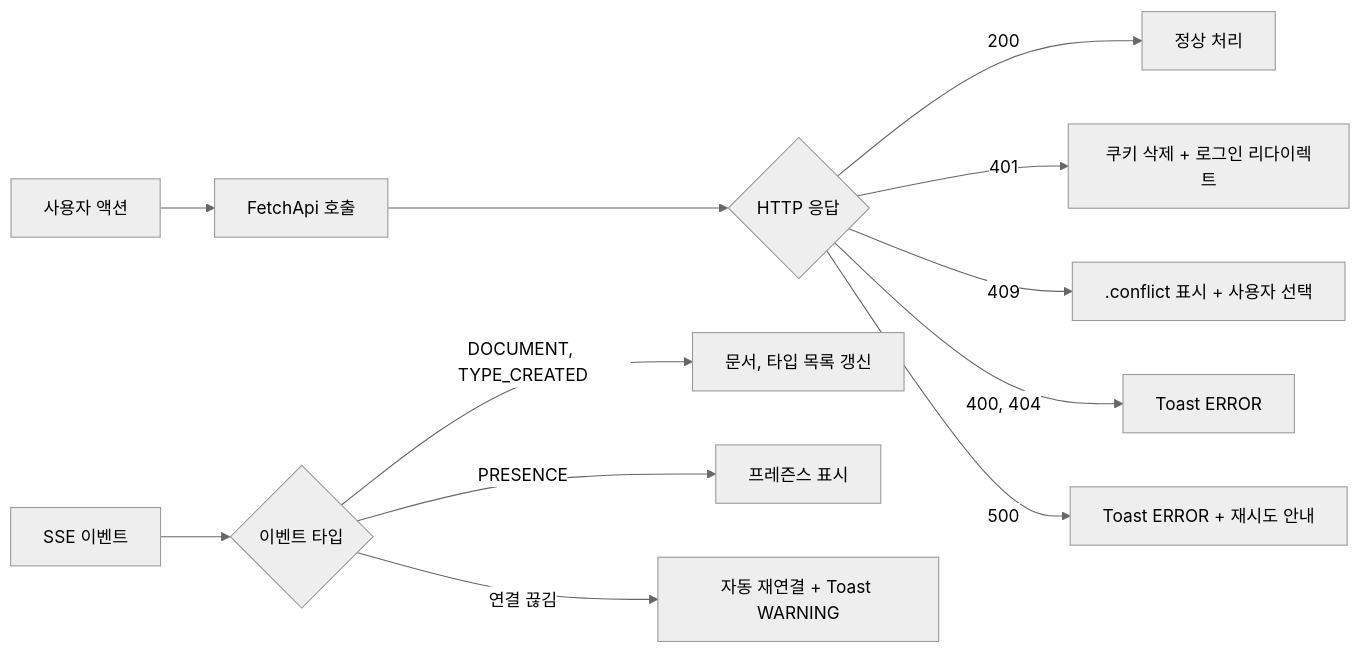
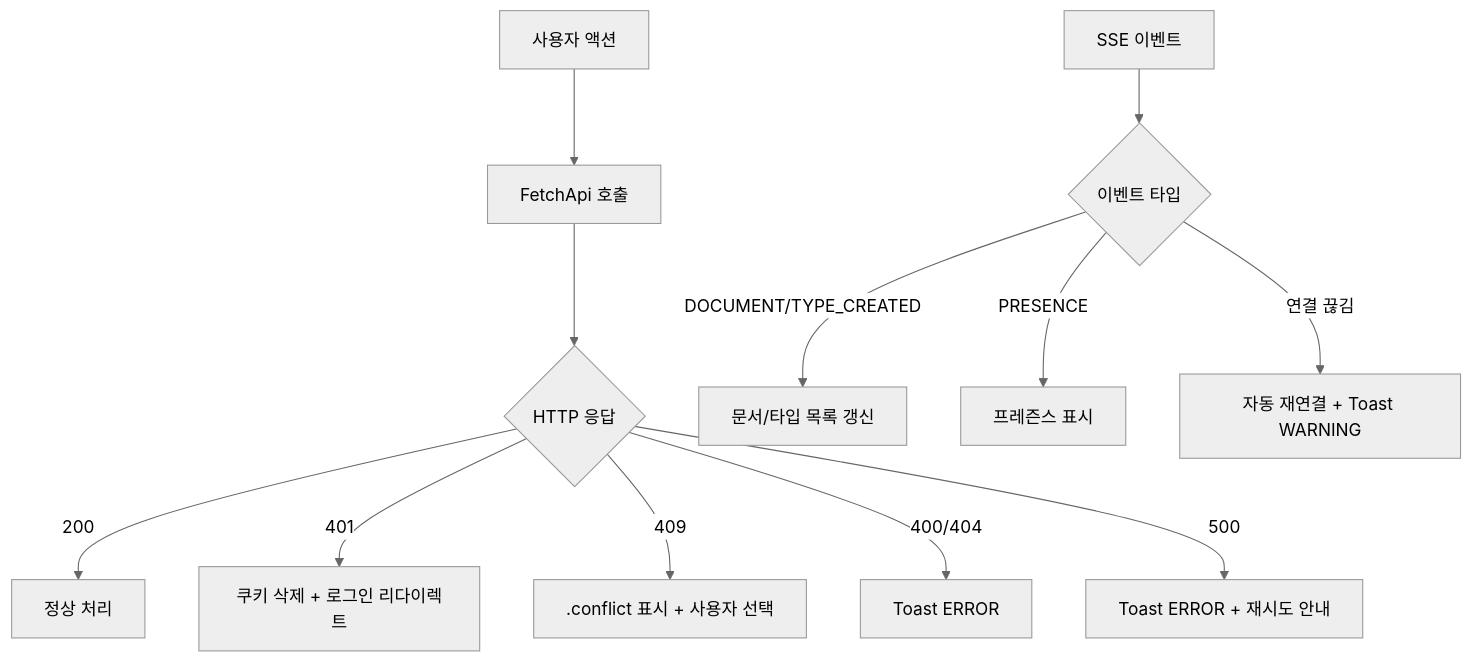
One commit to sayaya1090/handbook changed the first of 2 diagrams in docs/error-handling.md. Above: the diagram before and after it, drawn with Mermaid (neutral theme). The commit also changed other lines of this file and 10 other files, not shown here.

````diff
--- a/docs/error-handling.md
+++ b/docs/error-handling.md
@@ -78,15 +40,15 @@
 ```mermaid
-flowchart LR
+flowchart TD
     A["사용자 액션"] --> B["FetchApi 호출"]
     B --> C{HTTP 응답}
     C -->|200| D["정상 처리"]
     C -->|401| E["쿠키 삭제 + 로그인 리다이렉트"]
     C -->|409| F[".conflict 표시 + 사용자 선택"]
-    C -->|"400, 404"| G["Toast ERROR"]
-    C -->|"500"| H["Toast ERROR + 재시도 안내"]
+    C -->|400/404| G["Toast ERROR"]
+    C -->|500| H["Toast ERROR + 재시도 안내"]
 
     I["SSE 이벤트"] --> J{이벤트 타입}
-    J -->|"DOCUMENT, TYPE_CREATED"| K["문서, 타입 목록 갱신"]
+    J -->|DOCUMENT/TYPE_CREATED| K["문서/타입 목록 갱신"]
     J -->|PRESENCE| L["프레즌스 표시"]
     J -->|연결 끊김| M["자동 재연결 + Toast WARNING"]
 ```
````
